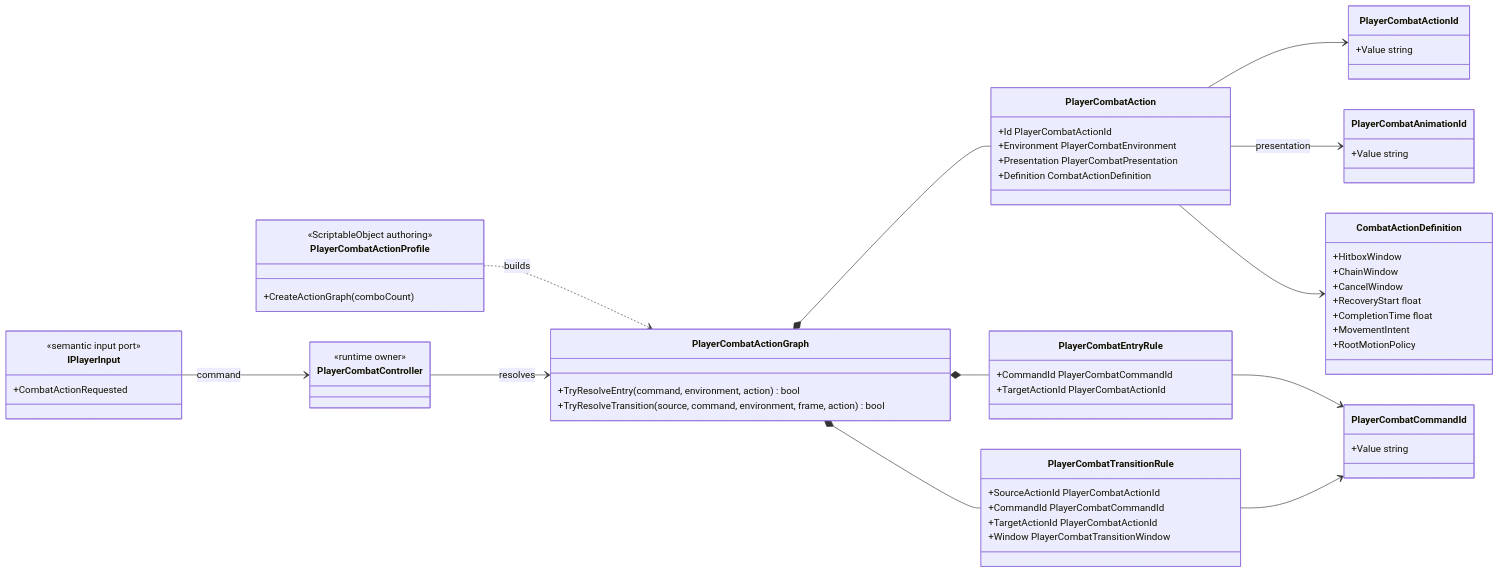
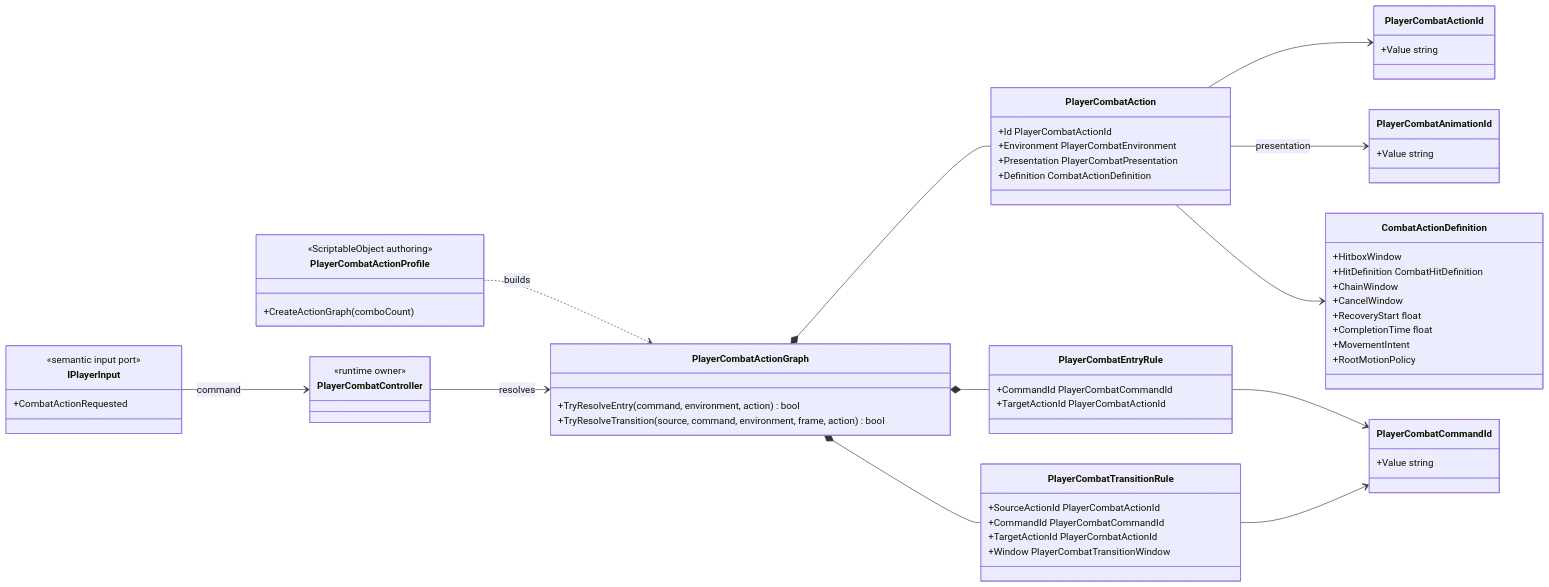
One commit to MaximFonariuc/project-s changed the diagram in Docs/Architecture/Combat.ActionModel.md. Above: the diagram before and after it, drawn with Mermaid. The commit also changed other lines of this file and 25 other files, not shown here.

Commit message:
feat: add combat hit resolution pipeline

````diff
--- a/Docs/Architecture/Combat.ActionModel.md
+++ b/Docs/Architecture/Combat.ActionModel.md
@@ -11,66 +11,67 @@
 ```mermaid
 classDiagram
     direction LR
 
     class PlayerCombatCommandId {
         +Value string
     }
     class PlayerCombatActionId {
         +Value string
     }
     class PlayerCombatAnimationId {
         +Value string
     }
     class PlayerCombatAction {
         +Id PlayerCombatActionId
         +Environment PlayerCombatEnvironment
         +Presentation PlayerCombatPresentation
         +Definition CombatActionDefinition
     }
     class PlayerCombatActionGraph {
         +TryResolveEntry(command, environment, action) bool
         +TryResolveTransition(source, command, environment, frame, action) bool
     }
     class PlayerCombatEntryRule {
         +CommandId PlayerCombatCommandId
         +TargetActionId PlayerCombatActionId
     }
     class PlayerCombatTransitionRule {
         +SourceActionId PlayerCombatActionId
         +CommandId PlayerCombatCommandId
         +TargetActionId PlayerCombatActionId
         +Window PlayerCombatTransitionWindow
     }
     class CombatActionDefinition {
         +HitboxWindow
+        +HitDefinition CombatHitDefinition
         +ChainWindow
         +CancelWindow
         +RecoveryStart float
         +CompletionTime float
         +MovementIntent
         +RootMotionPolicy
     }
     class PlayerCombatActionProfile {
         <<ScriptableObject authoring>>
         +CreateActionGraph(comboCount)
     }
     class PlayerCombatController {
         <<runtime owner>>
     }
     class IPlayerInput {
         <<semantic input port>>
         +CombatActionRequested
     }
 
     PlayerCombatActionGraph *-- PlayerCombatAction
     PlayerCombatActionGraph *-- PlayerCombatEntryRule
     PlayerCombatActionGraph *-- PlayerCombatTransitionRule
     PlayerCombatAction --> PlayerCombatActionId
     PlayerCombatAction --> PlayerCombatAnimationId : presentation
     PlayerCombatAction --> CombatActionDefinition
     PlayerCombatEntryRule --> PlayerCombatCommandId
     PlayerCombatTransitionRule --> PlayerCombatCommandId
     PlayerCombatActionProfile ..> PlayerCombatActionGraph : builds
     IPlayerInput --> PlayerCombatController : command
     PlayerCombatController --> PlayerCombatActionGraph : resolves
 ```
````
